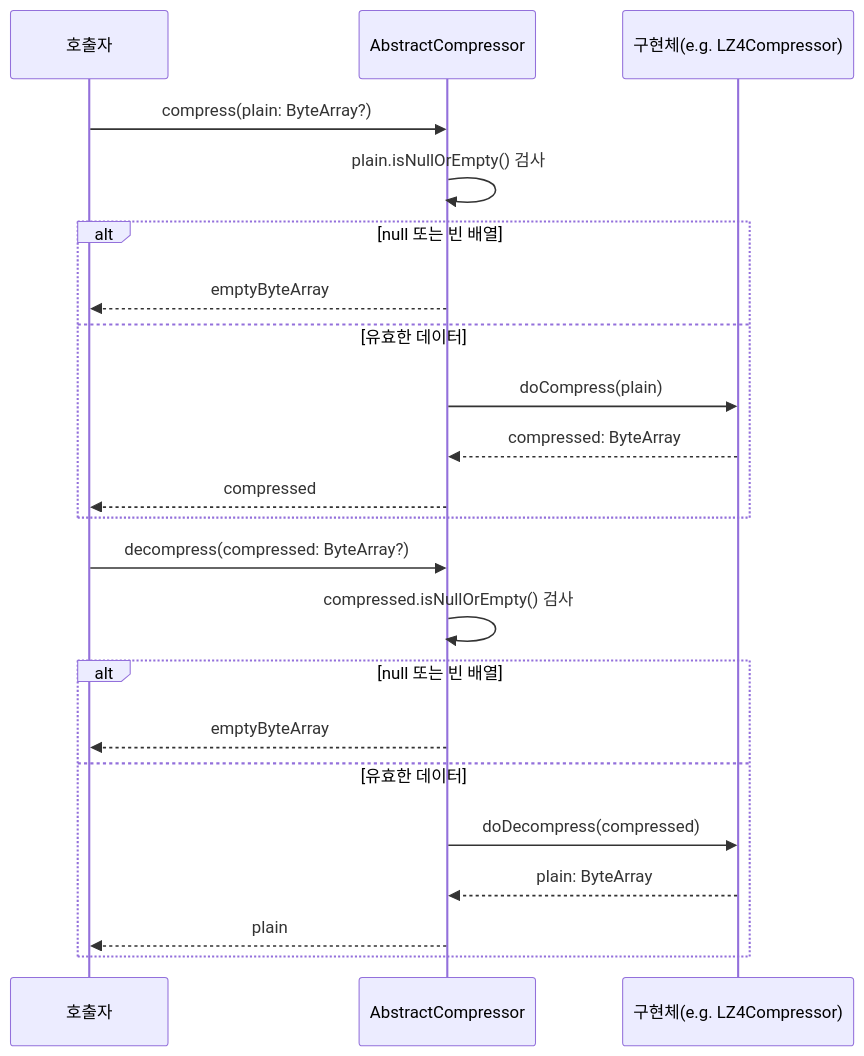
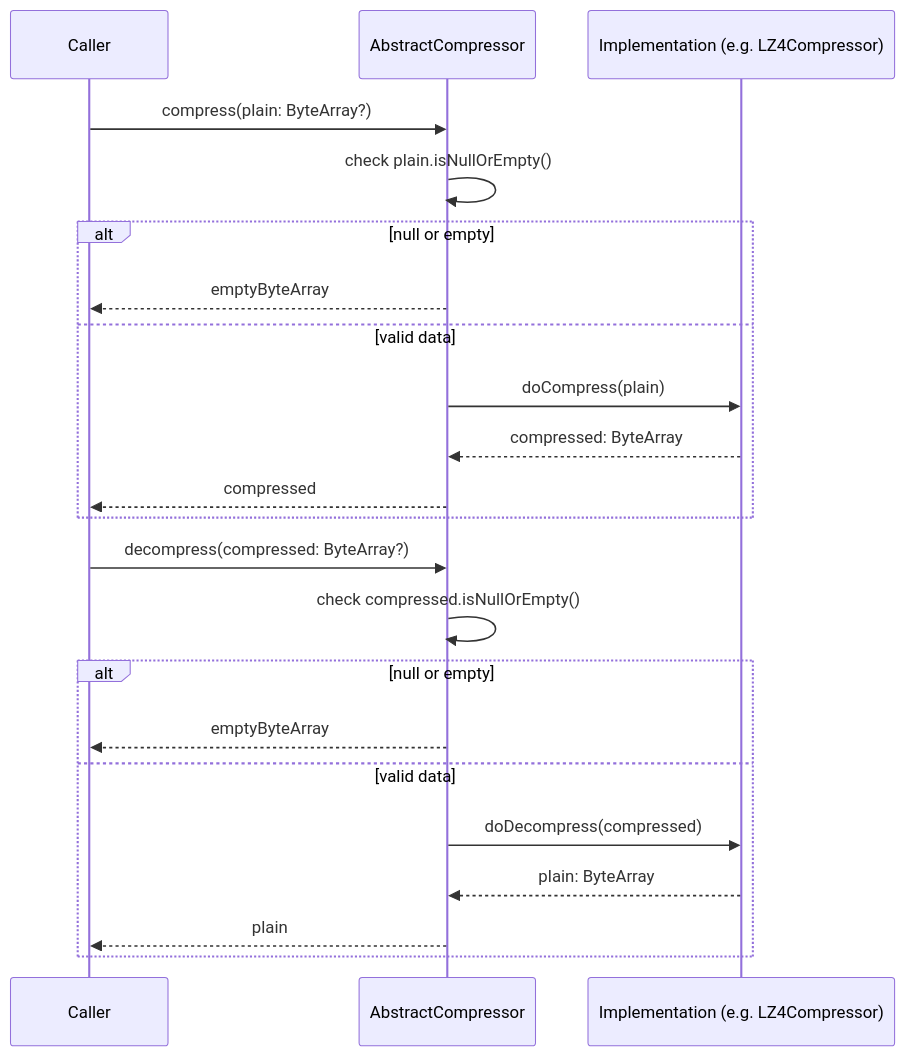
One commit to bluetape4k/bluetape4k-projects changed the third of 4 diagrams in io/io/README.md. Above: the diagram before and after it, drawn with Mermaid. The commit also changed other lines of this file and 265 other files, not shown here.

````diff
--- a/io/io/README.md
+++ b/io/io/README.md
@@ -516,26 +515,26 @@
 ```mermaid
 sequenceDiagram
-    participant C as 호출자
+    participant C as Caller
     participant AC as AbstractCompressor
-    participant Impl as 구현체(e.g. LZ4Compressor)
+    participant Impl as Implementation (e.g. LZ4Compressor)
 
     C->>AC: compress(plain: ByteArray?)
-    AC->>AC: plain.isNullOrEmpty() 검사
-    alt null 또는 빈 배열
+    AC->>AC: check plain.isNullOrEmpty()
+    alt null or empty
         AC-->>C: emptyByteArray
-    else 유효한 데이터
+    else valid data
         AC->>Impl: doCompress(plain)
         Impl-->>AC: compressed: ByteArray
         AC-->>C: compressed
     end
 
     C->>AC: decompress(compressed: ByteArray?)
-    AC->>AC: compressed.isNullOrEmpty() 검사
-    alt null 또는 빈 배열
+    AC->>AC: check compressed.isNullOrEmpty()
+    alt null or empty
         AC-->>C: emptyByteArray
-    else 유효한 데이터
+    else valid data
         AC->>Impl: doDecompress(compressed)
         Impl-->>AC: plain: ByteArray
         AC-->>C: plain
     end
 ```
````
